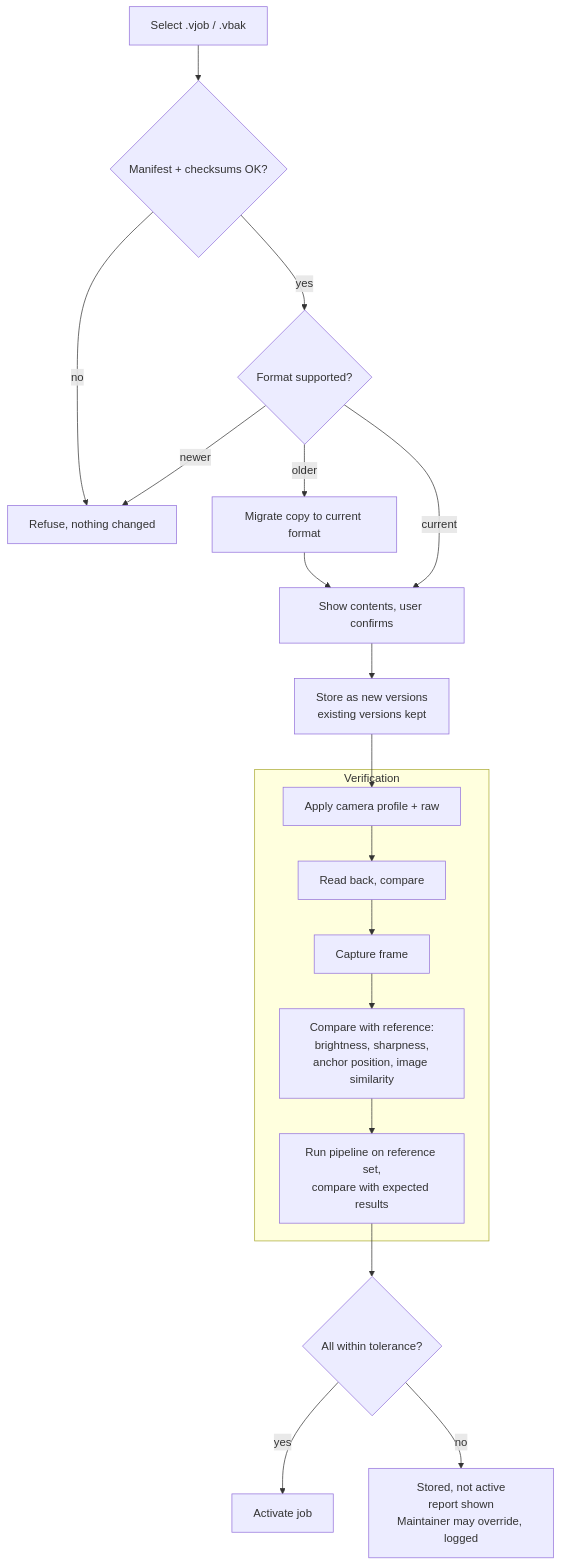
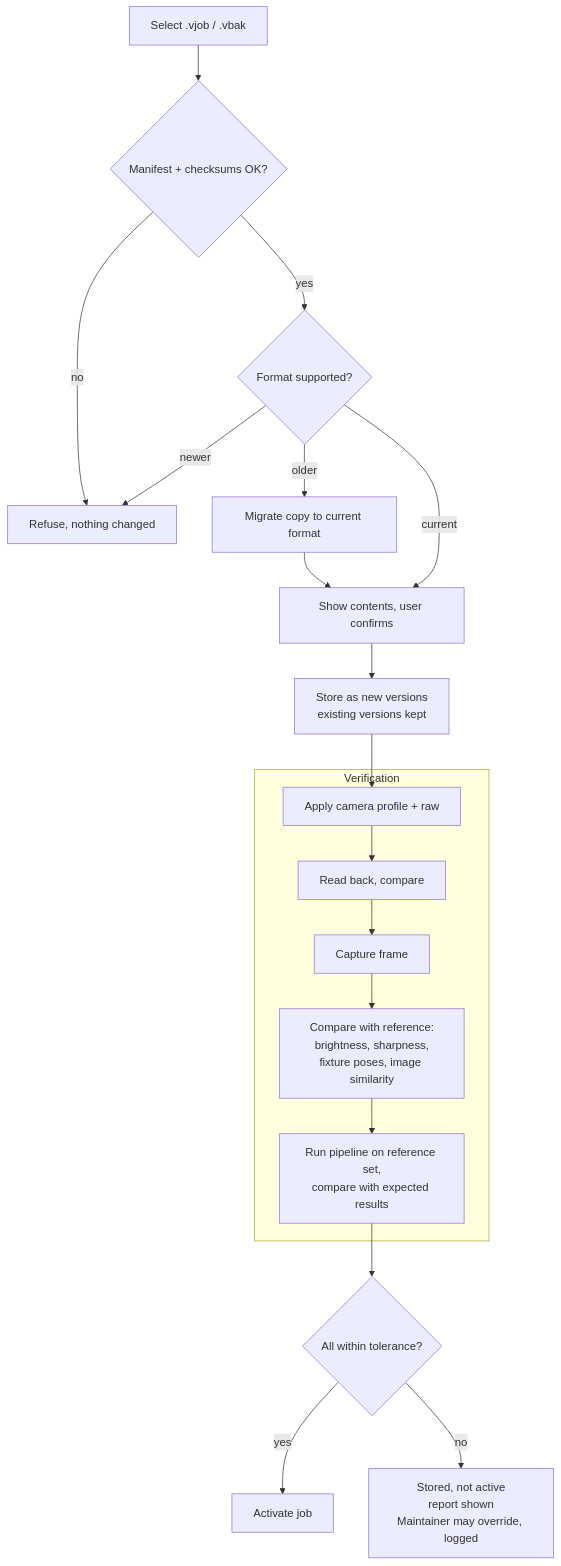
The fifth of 7 diagrams in docs/architecture.md (LucasSiedschlag/vision-station), drawn with Mermaid before and after one commit. The commit also changed other lines of this file and 9 other files, not shown here.

````diff
--- a/docs/architecture.md
+++ b/docs/architecture.md
@@ -418,21 +505,21 @@
 ```mermaid
 flowchart TD
     A["Select .vjob / .vbak"] --> B{"Manifest + checksums OK?"}
     B -- no --> X["Refuse, nothing changed"]
     B -- yes --> C{"Format supported?"}
     C -- older --> M["Migrate copy to current format"]
     C -- newer --> X
     M --> D
     C -- current --> D["Show contents, user confirms"]
     D --> E["Store as new versions<br/>existing versions kept"]
     E --> F1
     subgraph VER["Verification"]
         F1["Apply camera profile + raw"] --> F2["Read back, compare"]
         F2 --> F3["Capture frame"]
-        F3 --> F4["Compare with reference:<br/>brightness, sharpness,<br/>anchor position, image similarity"]
+        F3 --> F4["Compare with reference:<br/>brightness, sharpness,<br/>fixture poses, image similarity"]
         F4 --> F5["Run pipeline on reference set,<br/>compare with expected results"]
     end
     F5 --> G{"All within tolerance?"}
     G -- yes --> H["Activate job"]
     G -- no --> I["Stored, not active<br/>report shown<br/>Maintainer may override, logged"]
 ```
````
